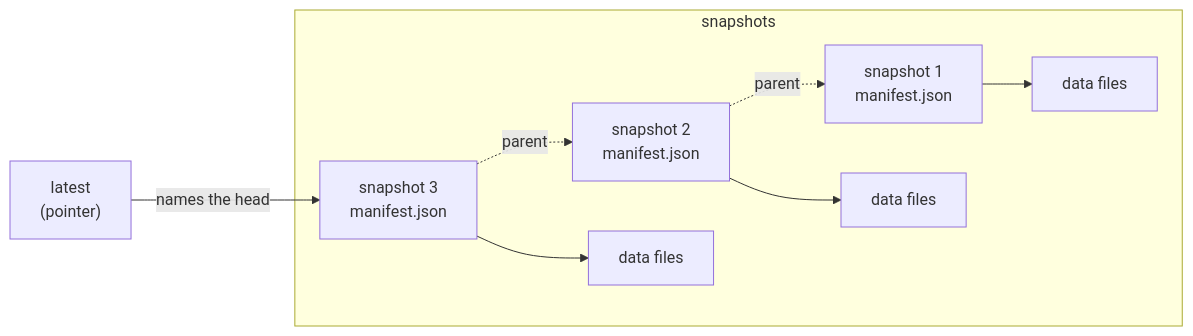
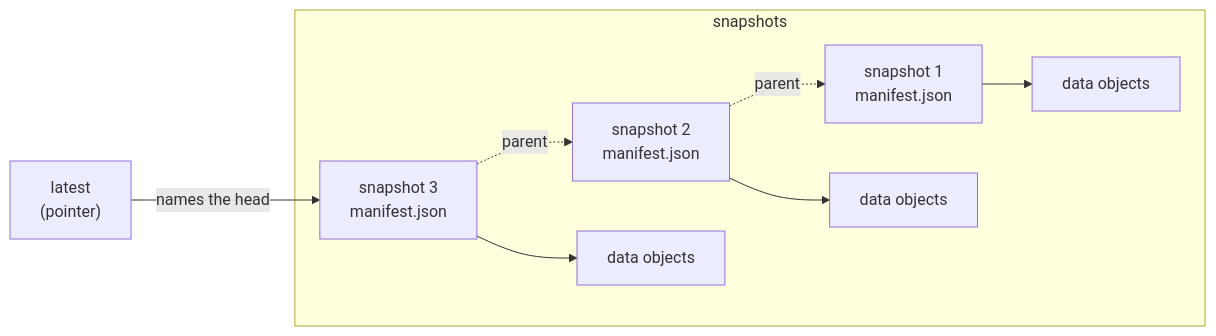
One commit to pithecene/lode changed the first of 3 diagrams in docs/guides/concepts.md. Above: the diagram before and after it, drawn with Mermaid. The commit also changed other lines of this file and 127 other files, not shown here.

````diff
--- a/docs/guides/concepts.md
+++ b/docs/guides/concepts.md
@@ -48,10 +50,10 @@
 ```mermaid
 flowchart LR
     P["latest<br/>(pointer)"] -->|names the head| S3
     subgraph snapshots
-        S1["snapshot 1<br/>manifest.json"] --> D1[data files]
-        S2["snapshot 2<br/>manifest.json"] --> D2[data files]
-        S3["snapshot 3<br/>manifest.json"] --> D3[data files]
+        S1["snapshot 1<br/>manifest.json"] --> D1[data objects]
+        S2["snapshot 2<br/>manifest.json"] --> D2[data objects]
+        S3["snapshot 3<br/>manifest.json"] --> D3[data objects]
     end
     S3 -.->|parent| S2 -.->|parent| S1
 ```
````
